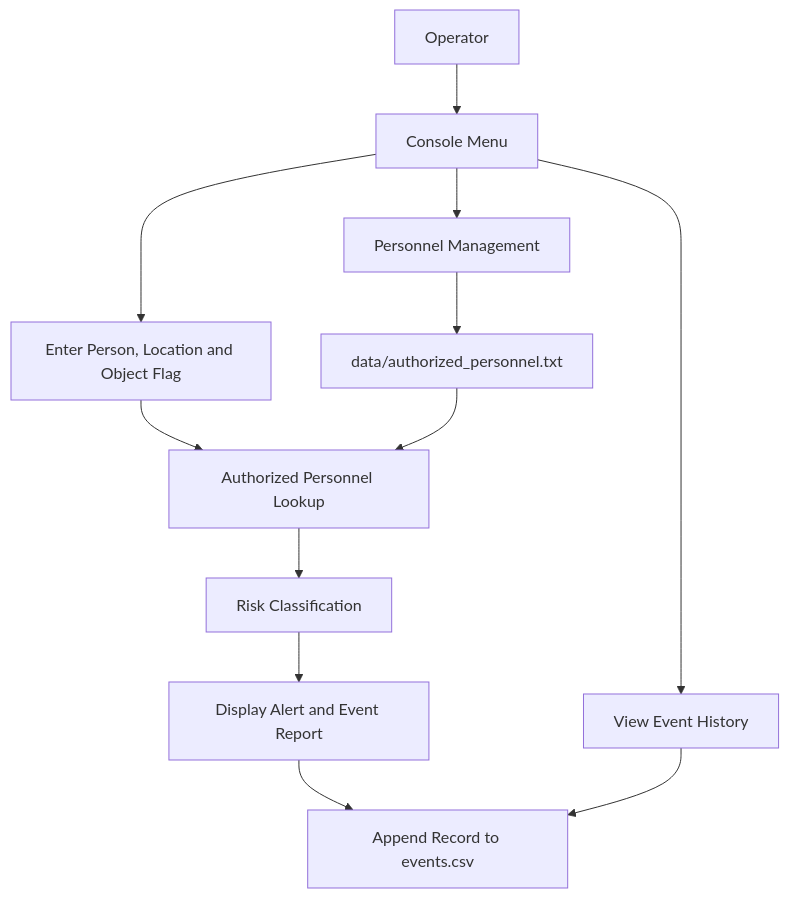
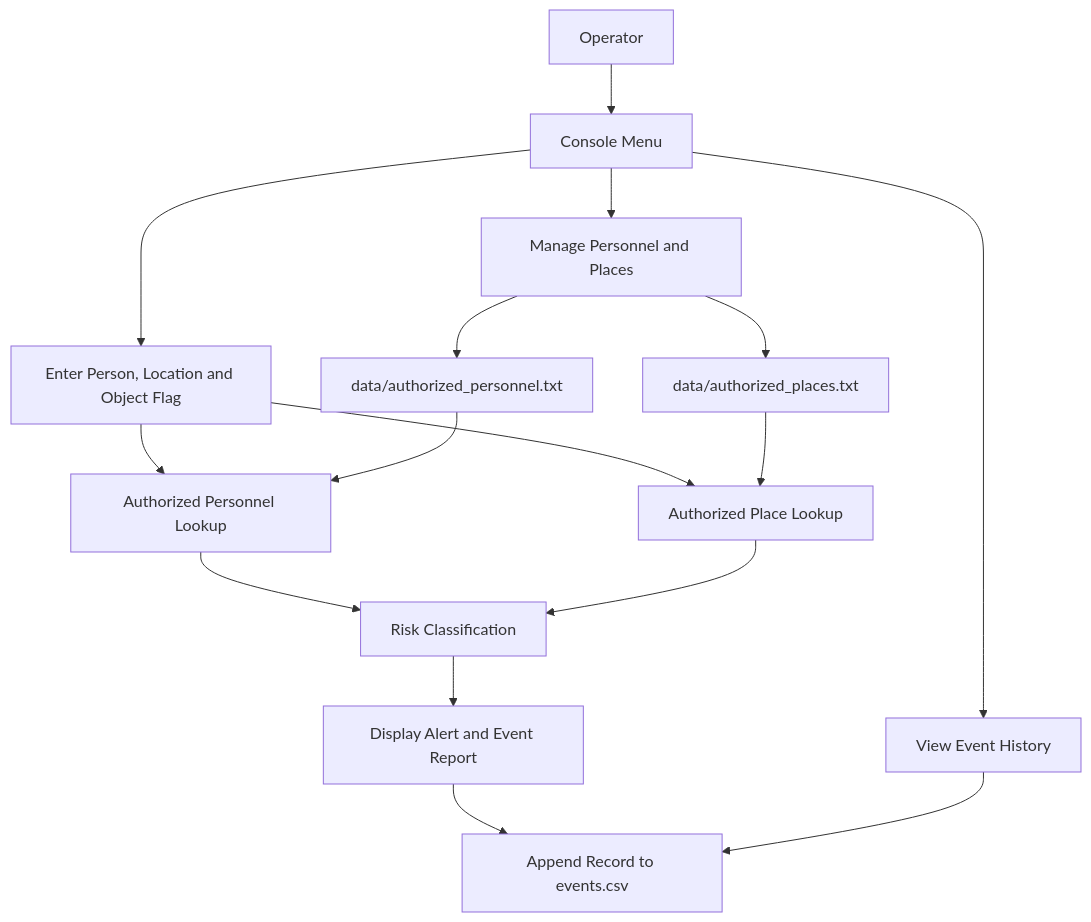
Before and after one commit to Ashishraj2396/pbl: the first of 2 diagrams in docs/architecture.md, drawn with Mermaid. The commit also changed other lines of this file and 15 other files, not shown here.

Commit message:
Add authorized places management

````diff
--- a/docs/architecture.md
+++ b/docs/architecture.md
@@ -7,14 +7,18 @@
 ```mermaid
 flowchart TD
     A[Operator] --> B[Console Menu]
     B --> C[Enter Person, Location and Object Flag]
     C --> D[Authorized Personnel Lookup]
-    D --> E[Risk Classification]
-    E --> F[Display Alert and Event Report]
-    F --> G[Append Record to events.csv]
-    H[data/authorized_personnel.txt] --> D
-    B --> I[Personnel Management]
-    I --> H
-    B --> J[View Event History]
-    J --> G
+    C --> E[Authorized Place Lookup]
+    D --> F[Risk Classification]
+    E --> F
+    F --> G[Display Alert and Event Report]
+    G --> H[Append Record to events.csv]
+    I[data/authorized_personnel.txt] --> D
+    J[data/authorized_places.txt] --> E
+    B --> K[Manage Personnel and Places]
+    K --> I
+    K --> J
+    B --> L[View Event History]
+    L --> H
 ```
````
